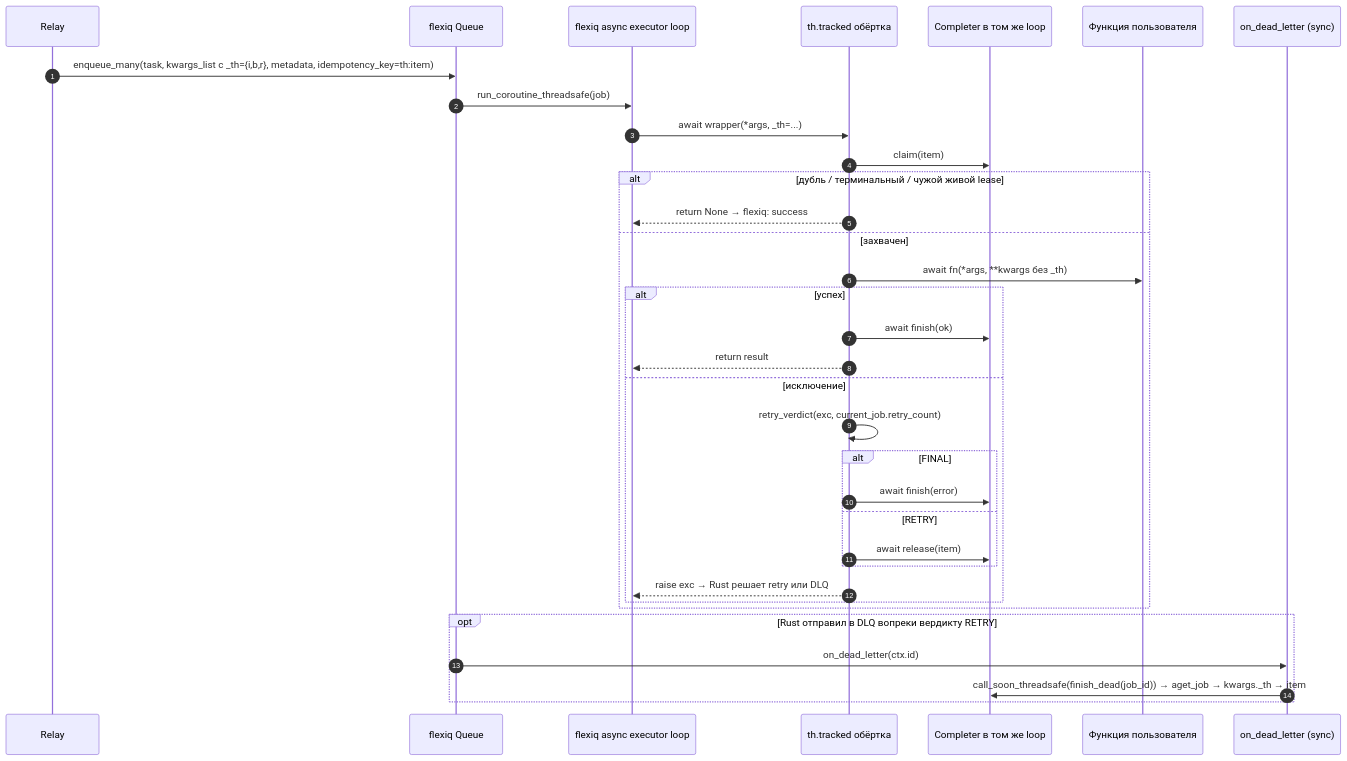
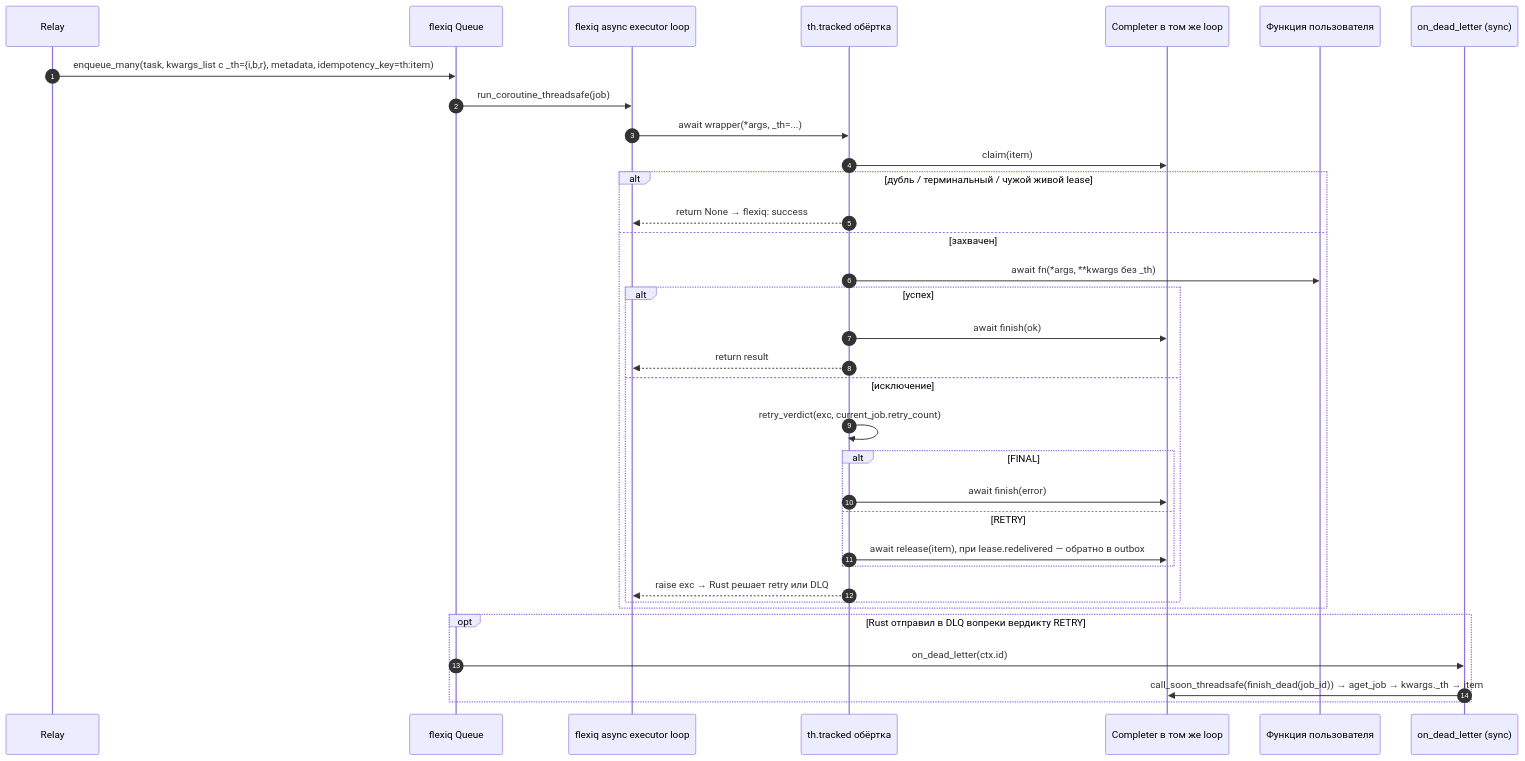
Diagram 31 of 39 in docs/ARCHITECTURE.md (0cherednoq/Tallyho), drawn with Mermaid before and after one commit. The commit also changed other lines of this file and 1 other file, not shown here.

First line of the commit message:
Fix-7: описать возврат Item в outbox после подтверждённого дубля

````diff
--- a/docs/ARCHITECTURE.md
+++ b/docs/ARCHITECTURE.md
@@ -1511,37 +1526,37 @@
 ```mermaid
 sequenceDiagram
     autonumber
     participant R as Relay
     participant Q as flexiq Queue
     participant X as flexiq async executor loop
     participant W as th.tracked обёртка
     participant C as Completer в том же loop
     participant F as Функция пользователя
     participant H as on_dead_letter (sync)
 
     R->>Q: enqueue_many(task, kwargs_list с _th={i,b,r}, metadata, idempotency_key=th:item)
     Q->>X: run_coroutine_threadsafe(job)
     X->>W: await wrapper(*args, _th=...)
     W->>C: claim(item)
     alt дубль / терминальный / чужой живой lease
         W-->>X: return None → flexiq: success
     else захвачен
         W->>F: await fn(*args, **kwargs без _th)
         alt успех
             W->>C: await finish(ok)
             W-->>X: return result
         else исключение
             W->>W: retry_verdict(exc, current_job.retry_count)
             alt FINAL
                 W->>C: await finish(error)
             else RETRY
-                W->>C: await release(item)
+                W->>C: await release(item), при lease.redelivered — обратно в outbox
             end
             W-->>X: raise exc → Rust решает retry или DLQ
         end
     end
     opt Rust отправил в DLQ вопреки вердикту RETRY
         Q->>H: on_dead_letter(ctx.id)
         H->>C: call_soon_threadsafe(finish_dead(job_id)) → aget_job → kwargs._th → item
     end
 ```
````
